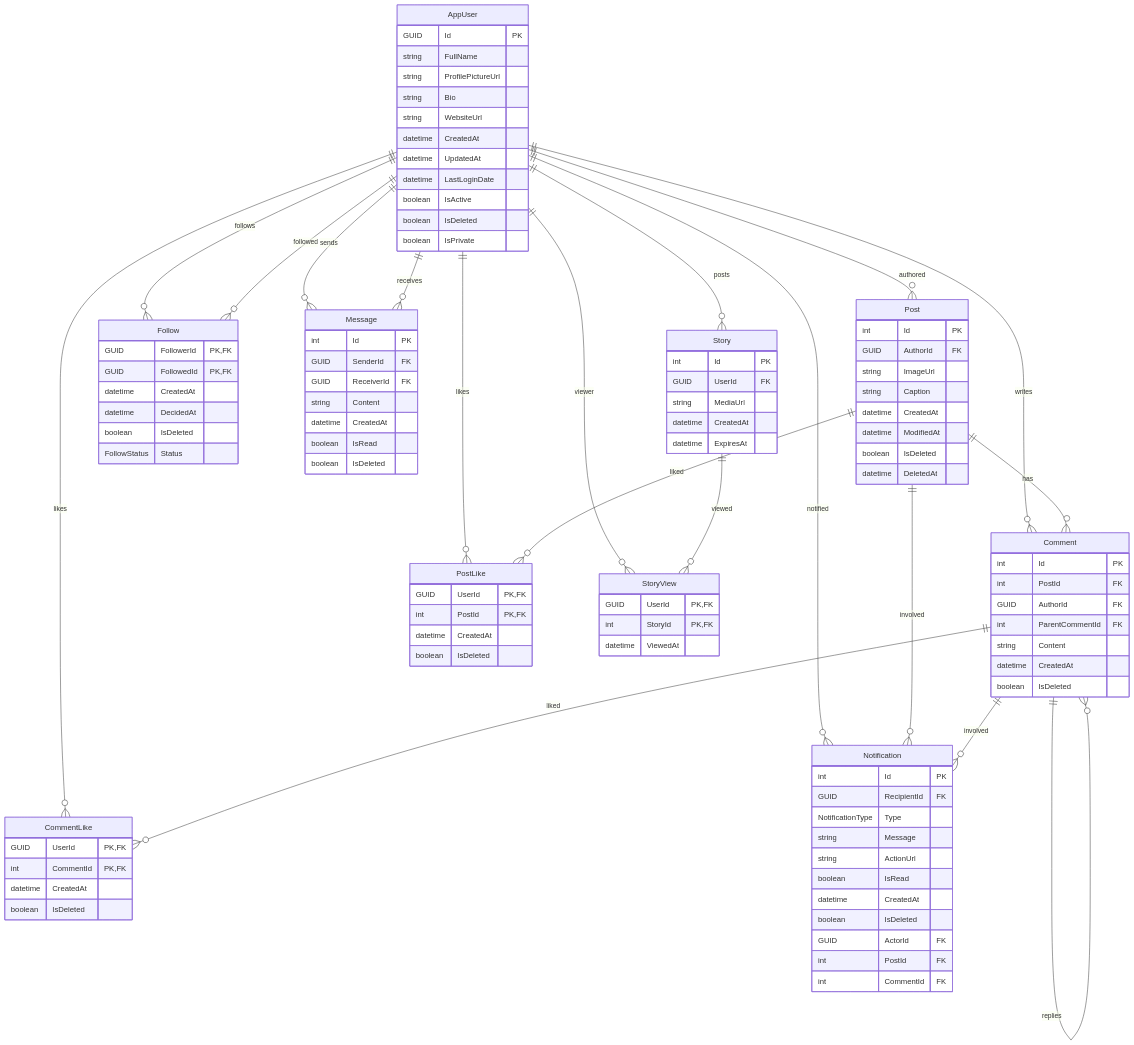
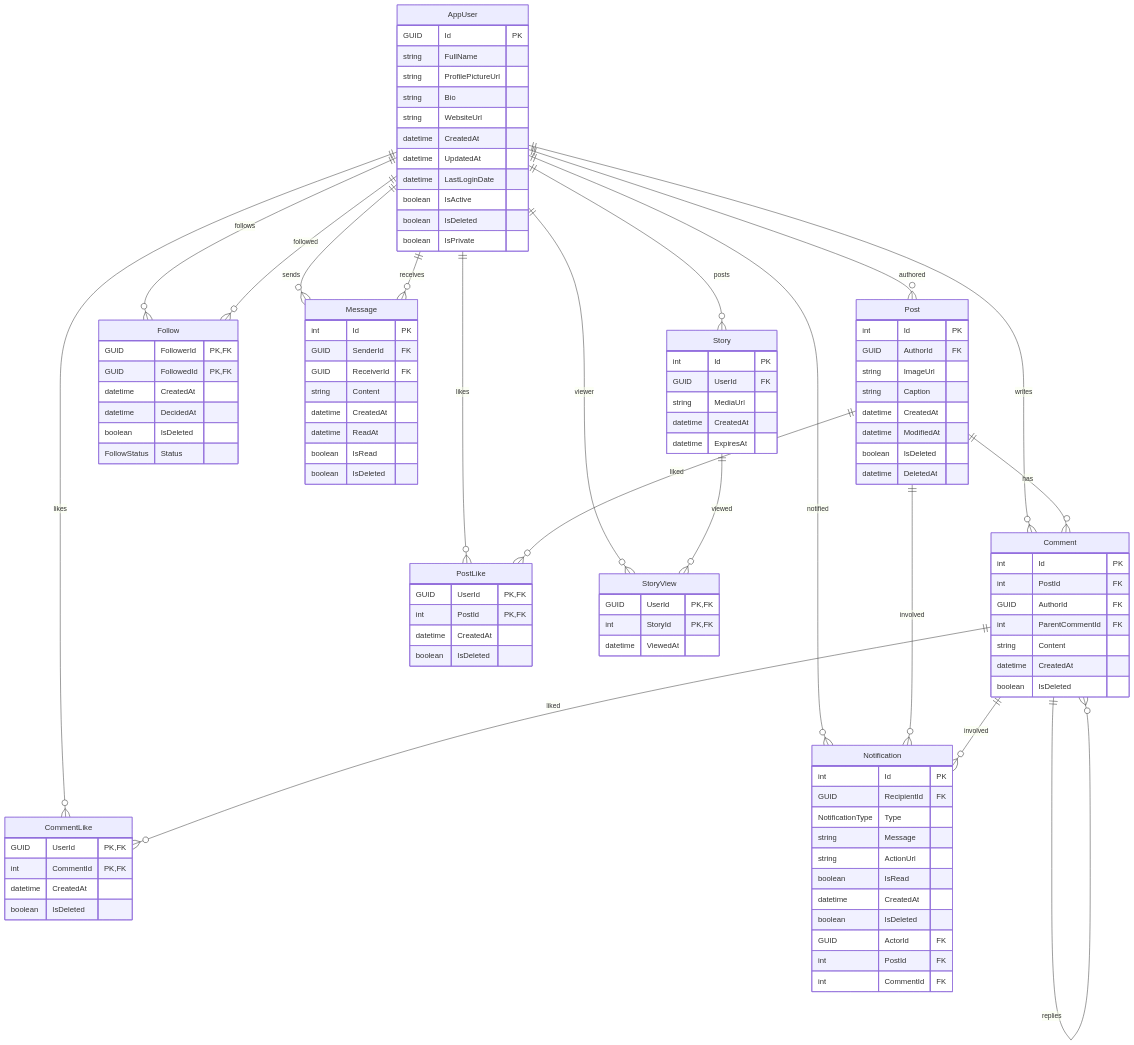
The second of 2 diagrams in README.md (anilcy/instagramSimpleBackendClone), drawn with Mermaid before and after one commit. The commit also changed other lines of this file, not shown here.

```diff
--- a/README.md
+++ b/README.md
@@ -138,6 +138,7 @@
         GUID     ReceiverId FK
         string   Content
         datetime CreatedAt
+        datetime ReadAt
         boolean  IsRead
         boolean  IsDeleted
     }
```
